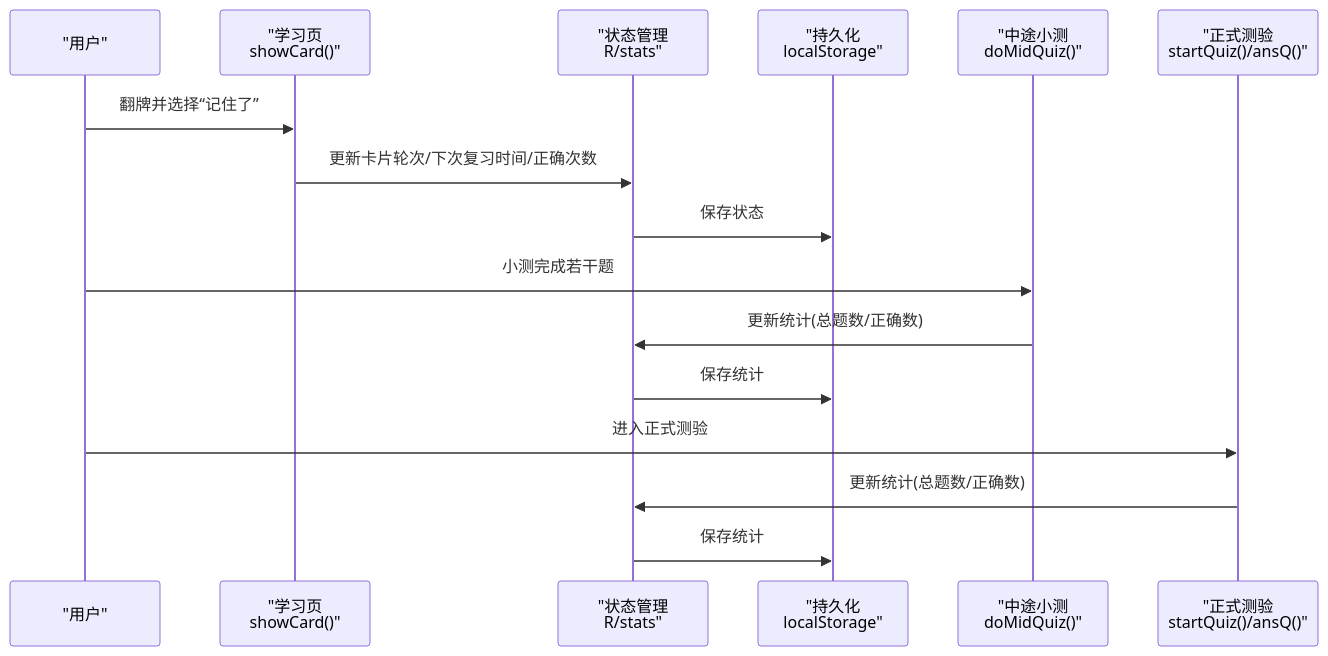
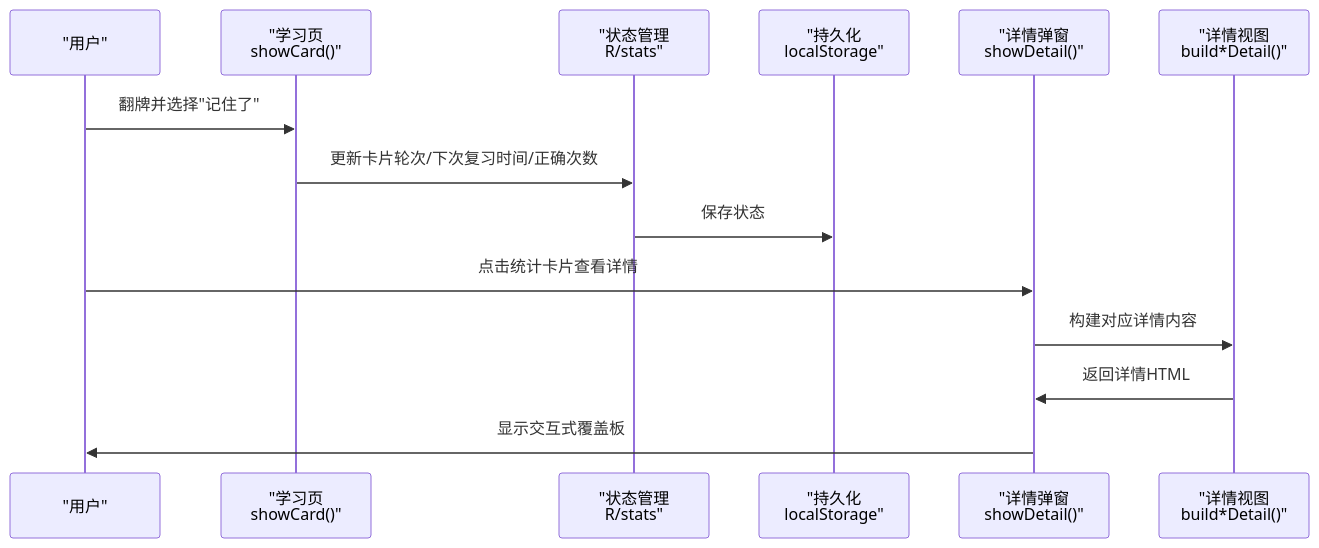
The second of 8 diagrams in .qoder/repowiki/zh/content/核心功能/个人统计.md (lukefun/wenyanbai-demo-v2), drawn with Mermaid before and after one commit. The commit also changed other lines of this file and 6 other files, not shown here.

````diff
--- a/.qoder/repowiki/zh/content/核心功能/个人统计.md
+++ b/.qoder/repowiki/zh/content/核心功能/个人统计.md
@@ -80,18 +85,16 @@
 ```mermaid
 sequenceDiagram
 participant U as "用户"
 participant L as "学习页<br/>showCard()"
 participant S as "状态管理<br/>R/stats"
 participant P as "持久化<br/>localStorage"
-participant M as "中途小测<br/>doMidQuiz()"
-participant Q as "正式测验<br/>startQuiz()/ansQ()"
-U->>L : 翻牌并选择“记住了”
+participant D as "详情弹窗<br/>showDetail()"
+participant V as "详情视图<br/>build*Detail()"
+U->>L : 翻牌并选择"记住了"
 L->>S : 更新卡片轮次/下次复习时间/正确次数
 S->>P : 保存状态
-U->>M : 小测完成若干题
-M->>S : 更新统计(总题数/正确数)
-S->>P : 保存统计
-U->>Q : 进入正式测验
-Q->>S : 更新统计(总题数/正确数)
-S->>P : 保存统计
+U->>D : 点击统计卡片查看详情
+D->>V : 构建对应详情内容
+V->>D : 返回详情HTML
+D->>U : 显示交互式覆盖板
 ```
````
